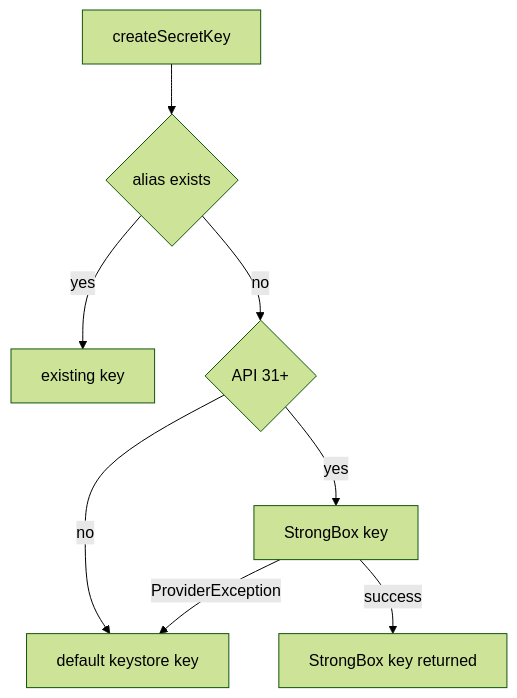
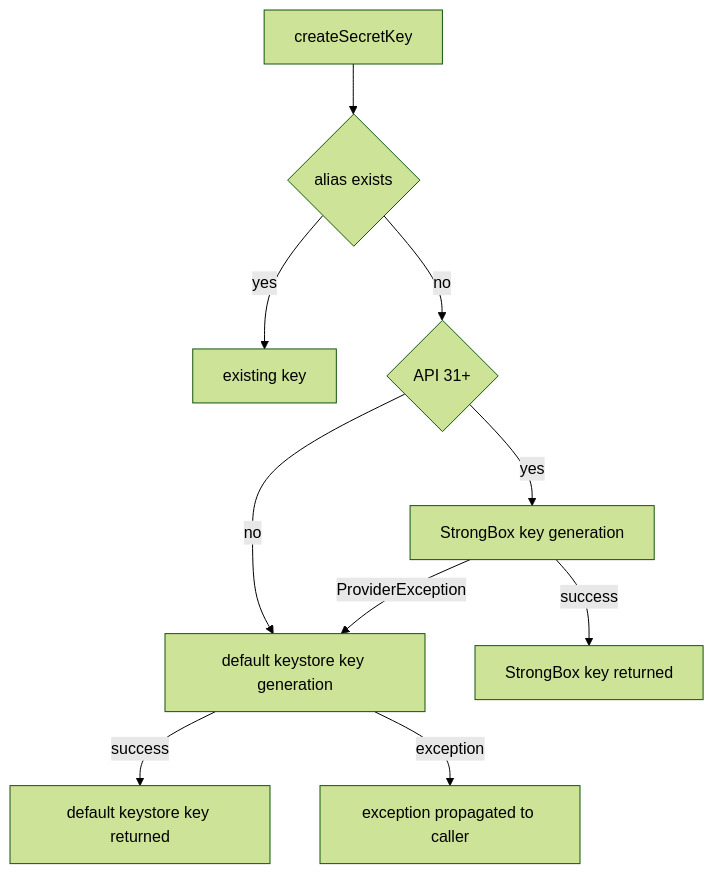
One commit to Narasimha-sc/simplex-chat changed the diagram in plans/2026-11-17-strongbox-key-fallback.md. Above: the diagram before and after it, drawn with Mermaid (forest theme). The commit also changed other lines of this file, not shown here.

Commit message:
docs: correct error source and wording in keystore fallback plan

````diff
--- a/plans/2026-11-17-strongbox-key-fallback.md
+++ b/plans/2026-11-17-strongbox-key-fallback.md
@@ -34,10 +34,12 @@
 ```mermaid
 flowchart TD
   A[createSecretKey] --> B{alias exists}
   B -- yes --> C[existing key]
   B -- no --> D{API 31+}
-  D -- no --> F[default keystore key]
-  D -- yes --> E[StrongBox key]
+  D -- no --> F[default keystore key generation]
+  D -- yes --> E[StrongBox key generation]
   E -- ProviderException --> F
   E -- success --> G[StrongBox key returned]
+  F -- success --> H[default keystore key returned]
+  F -- exception --> X[exception propagated to caller]
 ```
````
